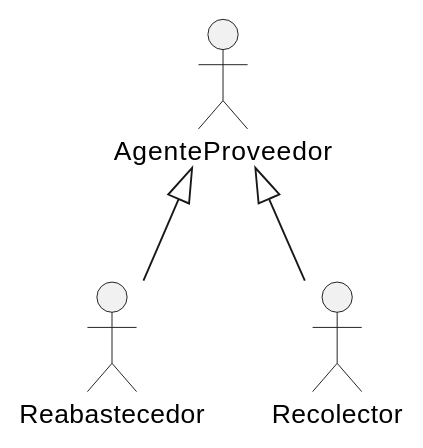
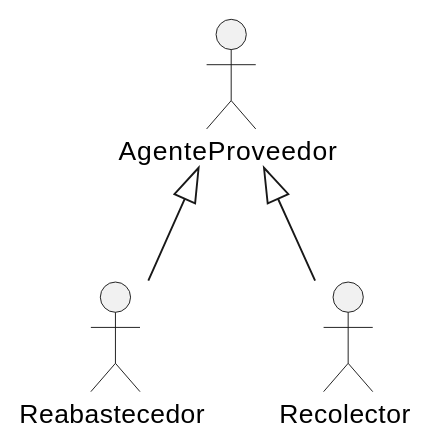
One commit to jcg-admin/IACT-docs changed the second of 2 diagrams in source/base-cognitiva/_uml/uml-07-diagramas-casos-uso/generalizacion.rst. Above: the diagram before and after it, drawn with PlantUML. The commit also changed other lines of this file and 183 other files, not shown here.

```diff
--- a/source/base-cognitiva/_uml/uml-07-diagramas-casos-uso/generalizacion.rst
+++ b/source/base-cognitiva/_uml/uml-07-diagramas-casos-uso/generalizacion.rst
@@ -41,10 +41,10 @@
 .. uml::
 
    @startuml
 
-   actor "AgenteProveedor" as AP
-   actor "Reabastecedor"   as VER_DASHBOARD_IVR
-   actor "Recolector"      as RESOLVER_SEGMENTO
+   actor "AgenteProveedor " as AP
+   actor "Reabastecedor "   as VER_DASHBOARD_IVR
+   actor "Recolector "      as RESOLVER_SEGMENTO
    AP <|-- VER_DASHBOARD_IVR
    AP <|-- RESOLVER_SEGMENTO
    @enduml
```
